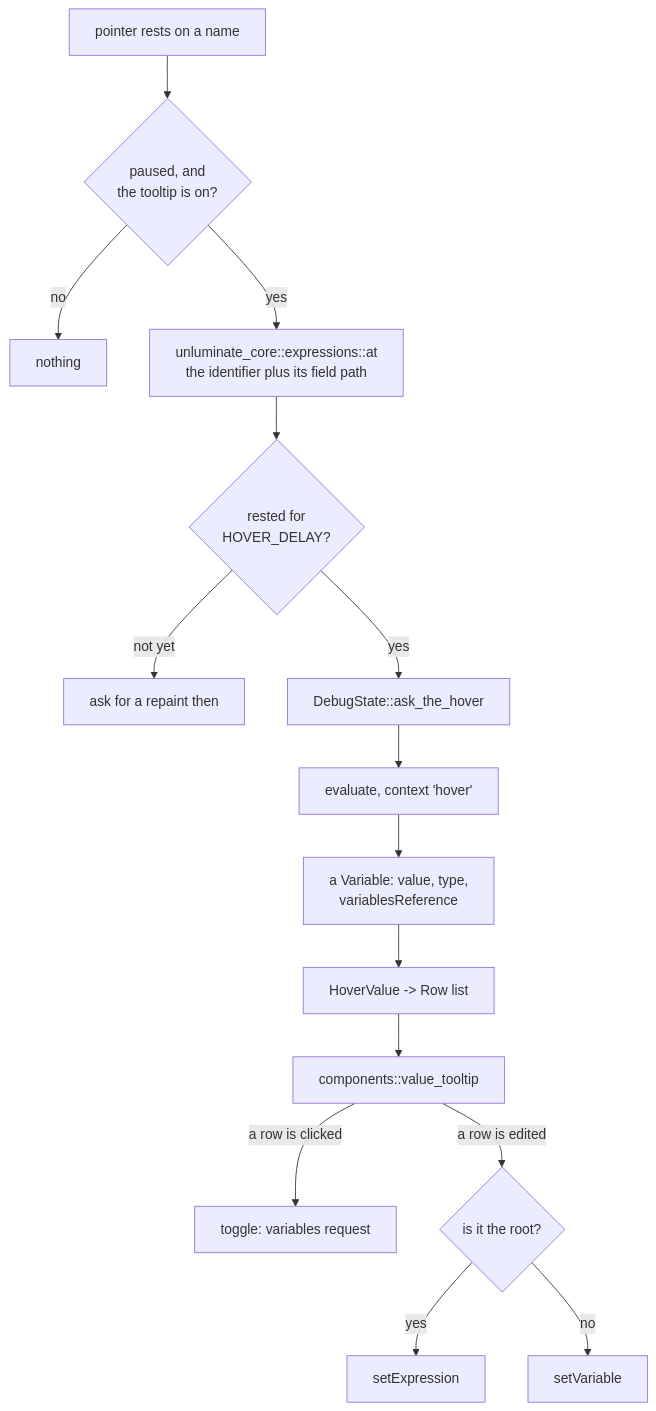
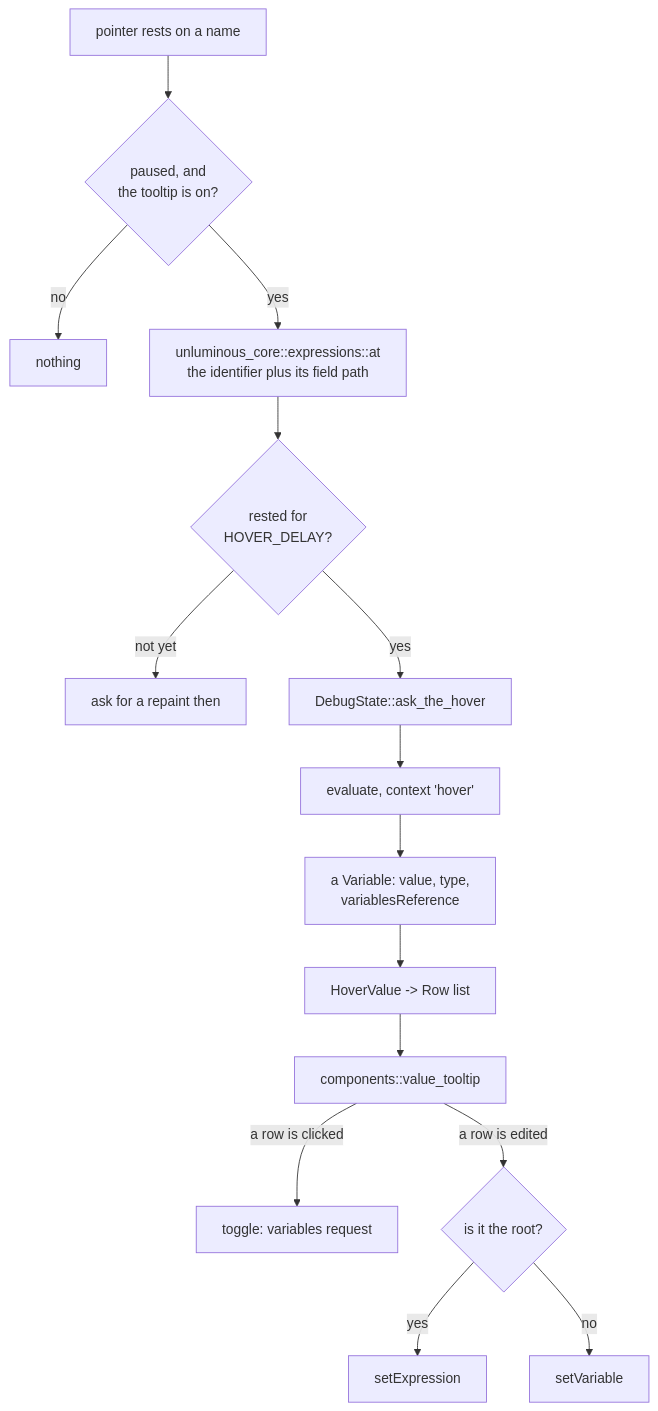
Before and after one commit to Black-Rainbow-Labs/Unluminous: the diagram in tasks/task-1696-value-tooltip-tdd.md, drawn with Mermaid. The commit also changed other lines of this file and 1327 other files, not shown here.

````diff
--- a/tasks/task-1696-value-tooltip-tdd.md
+++ b/tasks/task-1696-value-tooltip-tdd.md
@@ -70,17 +70,17 @@
 ```mermaid
 flowchart TD
     P[pointer rests on a name] --> Q{paused, and<br/>the tooltip is on?}
     Q -->|no| X[nothing]
-    Q -->|yes| E[unluminate_core::expressions::at<br/>the identifier plus its field path]
+    Q -->|yes| E[unluminous_core::expressions::at<br/>the identifier plus its field path]
     E --> D{rested for<br/>HOVER_DELAY?}
     D -->|not yet| W[ask for a repaint then]
     D -->|yes| A[DebugState::ask_the_hover]
     A --> V[evaluate, context 'hover']
     V --> R[a Variable: value, type,<br/>variablesReference]
     R --> T[HoverValue -> Row list]
     T --> S[components::value_tooltip]
     S -->|a row is clicked| O[toggle: variables request]
     S -->|a row is edited| M{is it the root?}
     M -->|yes| SE[setExpression]
     M -->|no| SV[setVariable]
 ```
````
